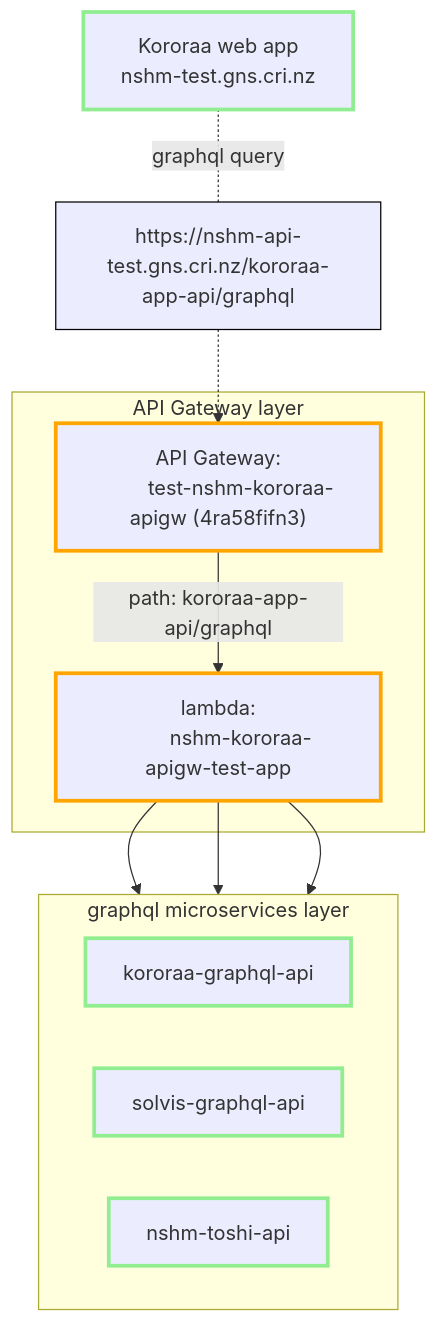
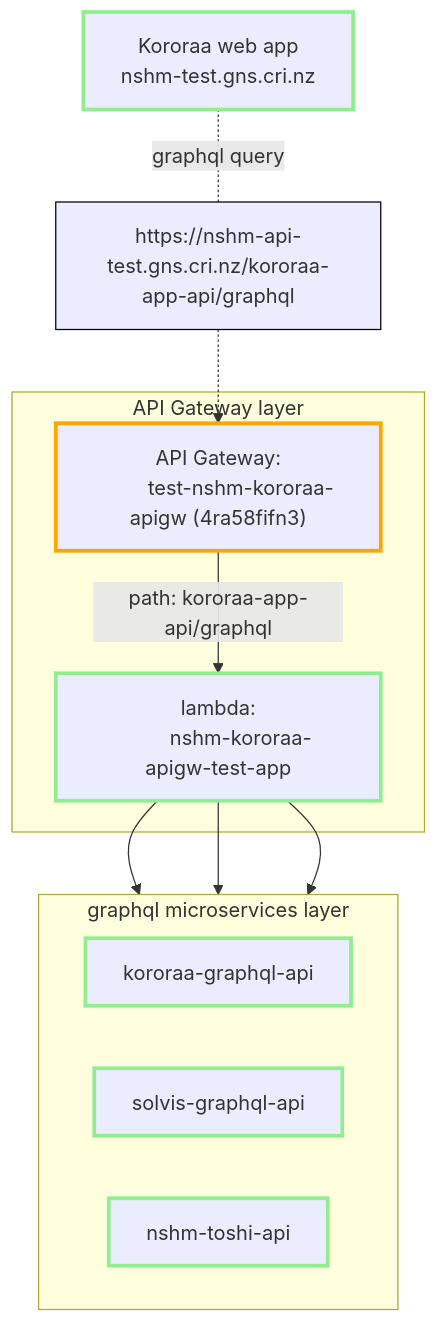
One commit to GNS-Science/nzshm-documentation changed the diagram in docs/architecture/api_gateway_pattern.md. Above: the diagram before and after it, drawn with Mermaid. The commit also changed other lines of this file and 3 other files, not shown here.

````diff
--- a/docs/architecture/api_gateway_pattern.md
+++ b/docs/architecture/api_gateway_pattern.md
@@ -4,30 +4,30 @@
 ```mermaid
 graph TD
     classDef nshm stroke:lightgreen, stroke-width:3px
     classDef AWS stroke:orange, stroke-width:3px
     classDef SVC stroke:powderblue, stroke-width:3px
     classDef note stroke:black, stroke-width:1px
     
     K["Kororaa web app
     nshm-test.gns.cri.nz"]:::nshm
     NB["https://nshm-api-test.gns.cri.nz/kororaa-app-api/graphql"]:::note 
     subgraph GW["API Gateway layer"]
         A["API Gateway:
         test-nshm-kororaa-apigw (4ra58fifn3)"]:::AWS
         F["lambda:
-        nshm-kororaa-apigw-test-app"]:::AWS
+        nshm-kororaa-apigw-test-app"]:::nshm
     end
 
     subgraph SUP["graphql microservices layer"]
         direction LR
 
         K-API[kororaa-graphql-api]:::nshm
         S-API[solvis-graphql-api]:::nshm
         T-API[nshm-toshi-api]:::nshm               
     end
     K -.-|graphql query| NB -.-> A -->|path: kororaa-app-api/graphql| F 
     F --> S-API
     F --> K-API
     F --> T-API 
 
 ```
````
